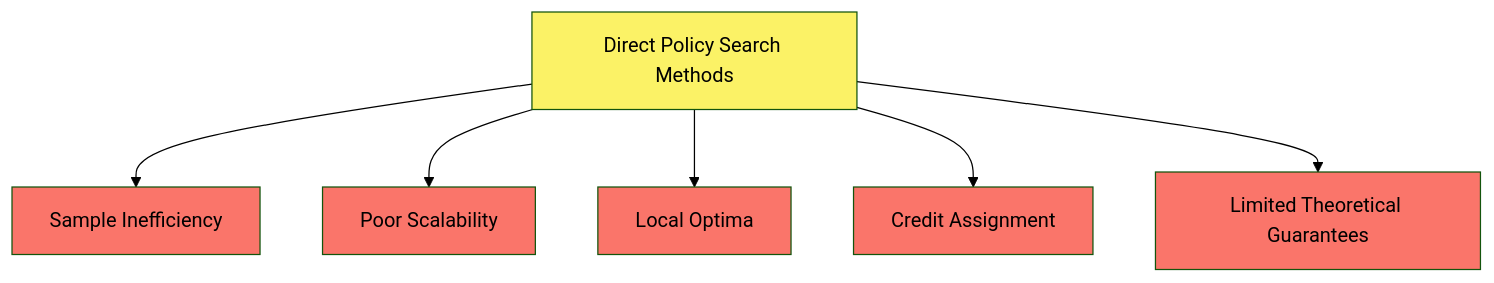
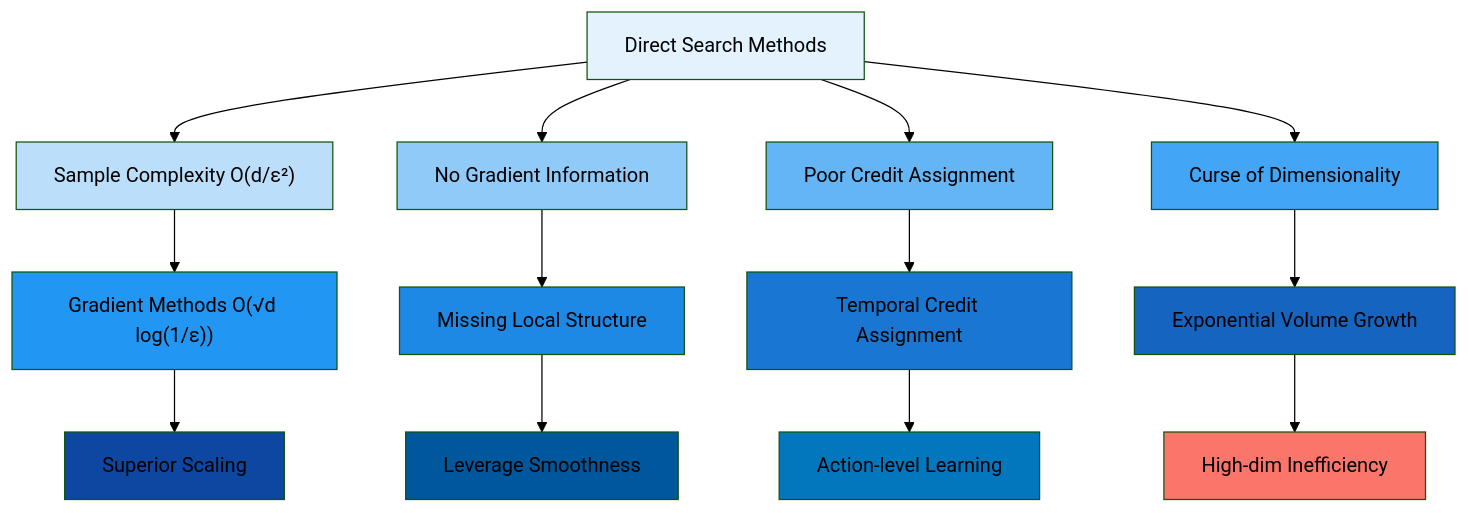
The fourth of 4 diagrams in C_1.md (Chaklader/DPRL-Policy-based-methods), drawn with Mermaid (forest theme) before and after one commit. The commit also changed other lines of this file, not shown here.

````diff
--- a/C_1.md
+++ b/C_1.md
@@ -631,14 +995,31 @@
 ```mermaid
 graph TD
-    A[Direct Policy Search Methods] --> B[Sample Inefficiency]
-    A --> C[Poor Scalability]
-    A --> D[Local Optima]
-    A --> E[Credit Assignment]
-    A --> F[Limited Theoretical Guarantees]
-    style A fill:#FBF266
-    style B fill:#FA756A
-    style C fill:#FA756A
-    style D fill:#FA756A
-    style E fill:#FA756A
-    style F fill:#FA756A
+    A["Direct Search Methods"] --> B["Sample Complexity O(d/ε²)"]
+    A --> C["No Gradient Information"]
+    A --> D["Poor Credit Assignment"]
+    A --> E["Curse of Dimensionality"]
+
+    B --> F["Gradient Methods O(√d log(1/ε))"]
+    C --> G["Missing Local Structure"]
+    D --> H["Temporal Credit Assignment"]
+    E --> I["Exponential Volume Growth"]
+
+    F --> J["Superior Scaling"]
+    G --> K["Leverage Smoothness"]
+    H --> L["Action-level Learning"]
+    I --> M["High-dim Inefficiency"]
+
+    style A fill:#E3F2FD
+    style B fill:#BBDEFB
+    style C fill:#90CAF9
+    style D fill:#64B5F6
+    style E fill:#42A5F5
+    style F fill:#2196F3
+    style G fill:#1E88E5
+    style H fill:#1976D2
+    style I fill:#1565C0
+    style J fill:#0D47A1
+    style K fill:#01579B
+    style L fill:#0277BD
+    style M fill:#FA756A
 ```
````
